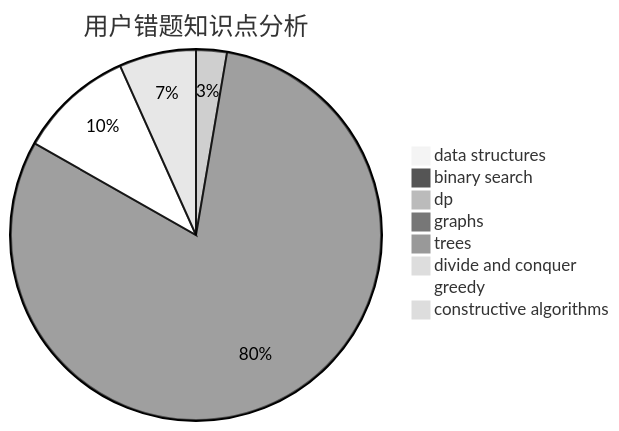
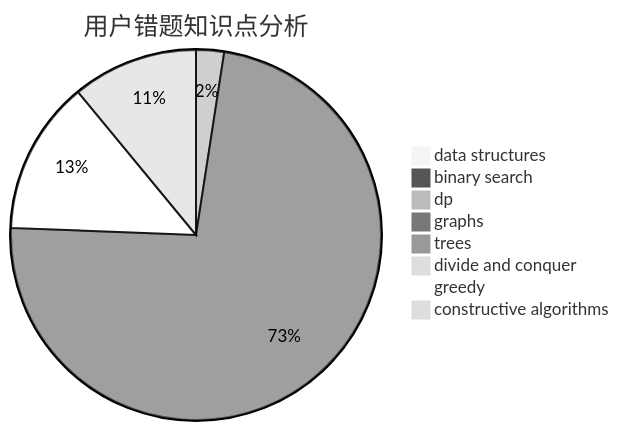
One commit to sherpahu/cfrs.github.io changed the third of 3 diagrams in docs/user/u2721.md. Above: the diagram before and after it, drawn with Mermaid (neutral theme). The commit also changed other lines of this file and 2770 other files, not shown here.

````diff
--- a/docs/user/u2721.md
+++ b/docs/user/u2721.md
@@ -36,11 +36,11 @@
 ```mermaid
 pie title 用户错题知识点分析
     "data structures" :  1
     "binary search" :  0
     "dp" :  4
     "graphs" :  120
     "trees" :  0
     "divide and conquer" :  0
-    "greedy" :  15
-    "constructive algorithms" :  10
+    "greedy" :  22
+    "constructive algorithms" :  18
 ```
````
